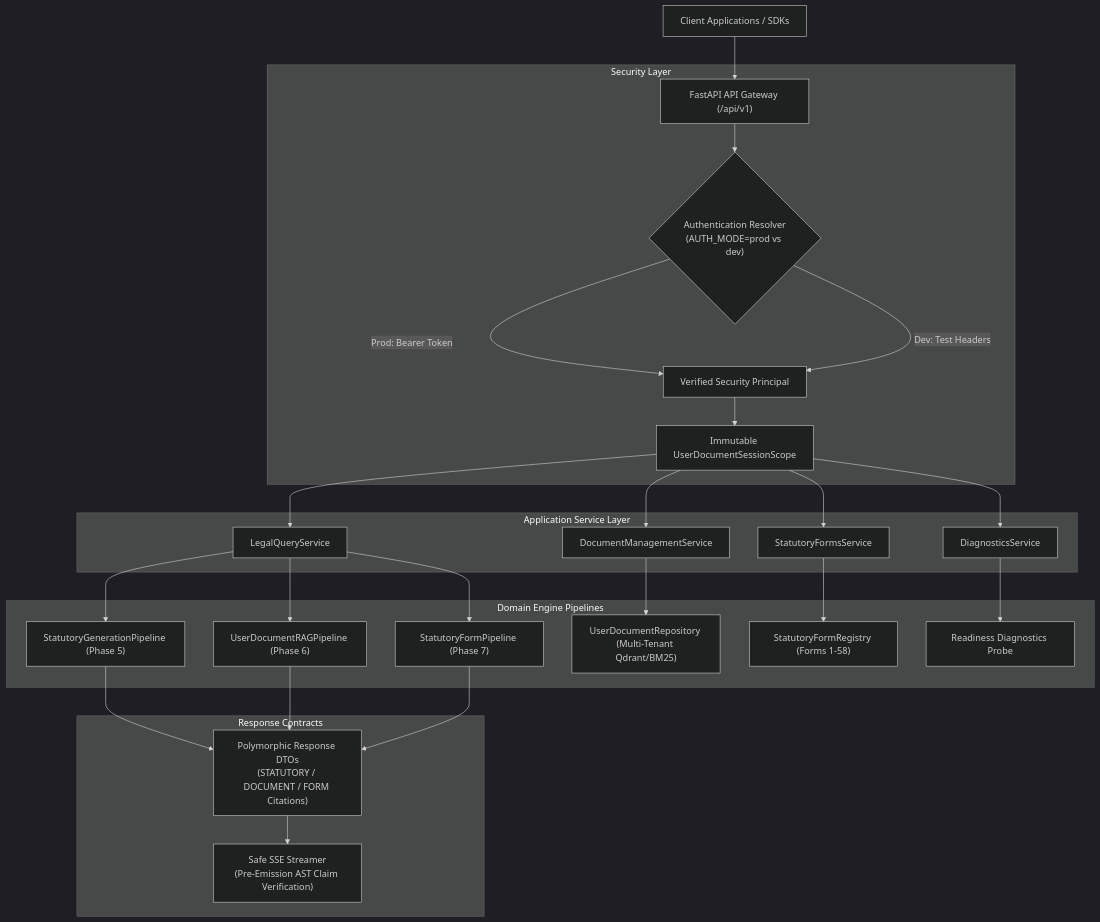
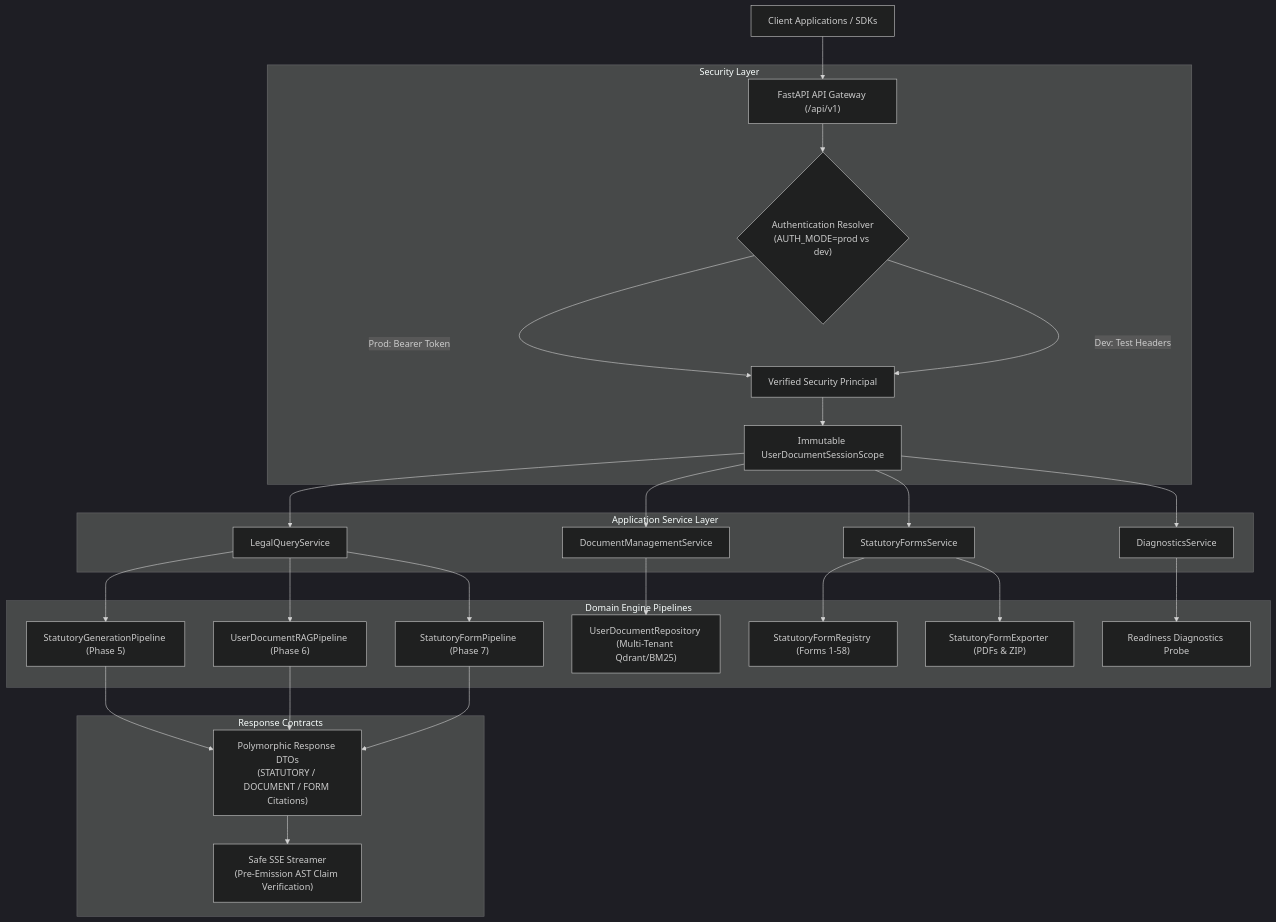
One commit to dhiraj-pakhare/nyaya-legal-rag changed the seventh of 7 diagrams in ARCHITECTURE.md. Above: the diagram before and after it, drawn with Mermaid (dark theme). The commit also changed other lines of this file and 12 other files, not shown here.

Commit message:
feat: add statutory forms export and downloads

````diff
--- a/ARCHITECTURE.md
+++ b/ARCHITECTURE.md
@@ -347,32 +351,33 @@
 ```mermaid
 graph TD
     Client["Client Applications / SDKs"] --> Gateway["FastAPI API Gateway (/api/v1)"]
     
     subgraph Security Layer
         Gateway --> Auth{"Authentication Resolver<br>(AUTH_MODE=prod vs dev)"}
         Auth -->|Prod: Bearer Token| Principal["Verified Security Principal"]
         Auth -->|Dev: Test Headers| Principal
         Principal --> Scope["Immutable UserDocumentSessionScope"]
     end
     
     subgraph Application Service Layer
         Scope --> QService["LegalQueryService"]
         Scope --> DService["DocumentManagementService"]
         Scope --> FService["StatutoryFormsService"]
         Scope --> DiagService["DiagnosticsService"]
     end
     
     subgraph Domain Engine Pipelines
         QService --> StatPipe["StatutoryGenerationPipeline (Phase 5)"]
         QService --> DocPipe["UserDocumentRAGPipeline (Phase 6)"]
         QService --> FormPipe["StatutoryFormPipeline (Phase 7)"]
         DService --> DocRepo["UserDocumentRepository (Multi-Tenant Qdrant/BM25)"]
         FService --> FormReg["StatutoryFormRegistry (Forms 1-58)"]
+        FService --> FormExport["StatutoryFormExporter (PDFs & ZIP)"]
         DiagService --> ReadyProbe["Readiness Diagnostics Probe"]
     end
     
     subgraph Response Contracts
         StatPipe & DocPipe & FormPipe --> DTO["Polymorphic Response DTOs<br>(STATUTORY / DOCUMENT / FORM Citations)"]
         DTO --> Streamer["Safe SSE Streamer<br>(Pre-Emission AST Claim Verification)"]
     end
 ```
````
